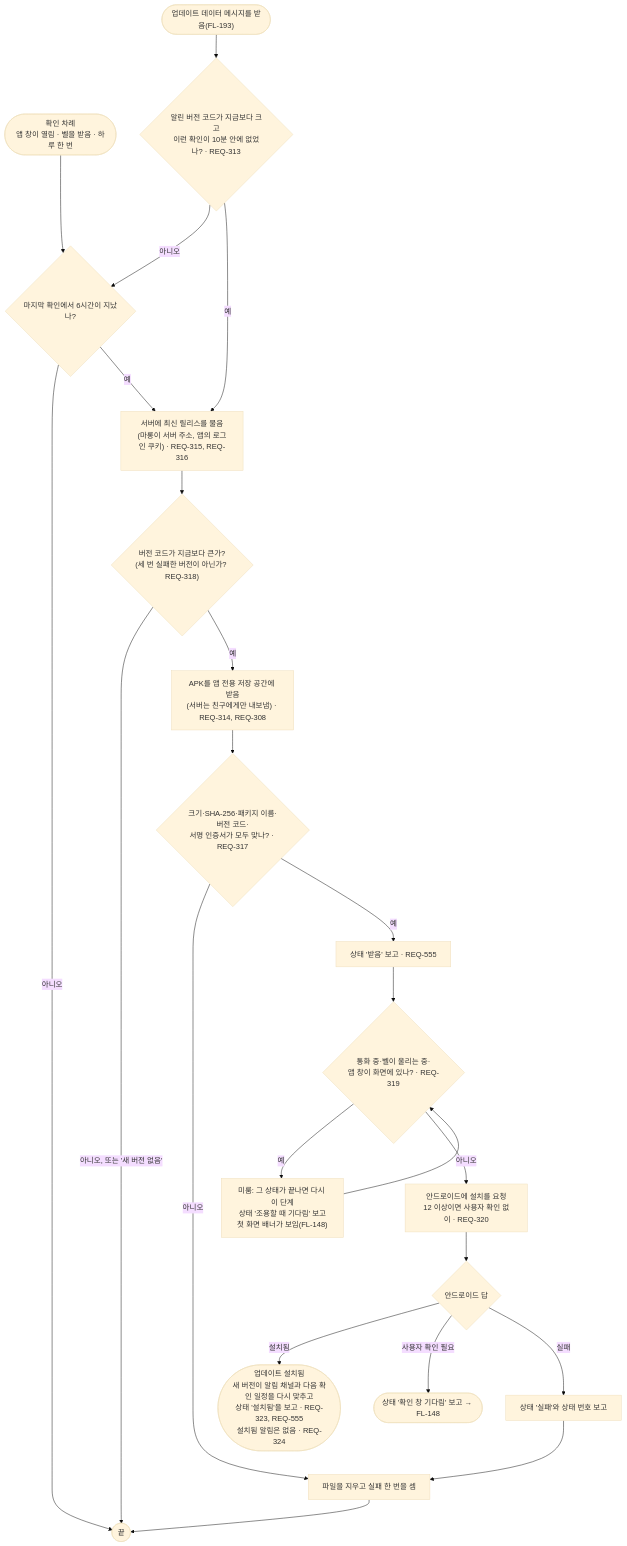
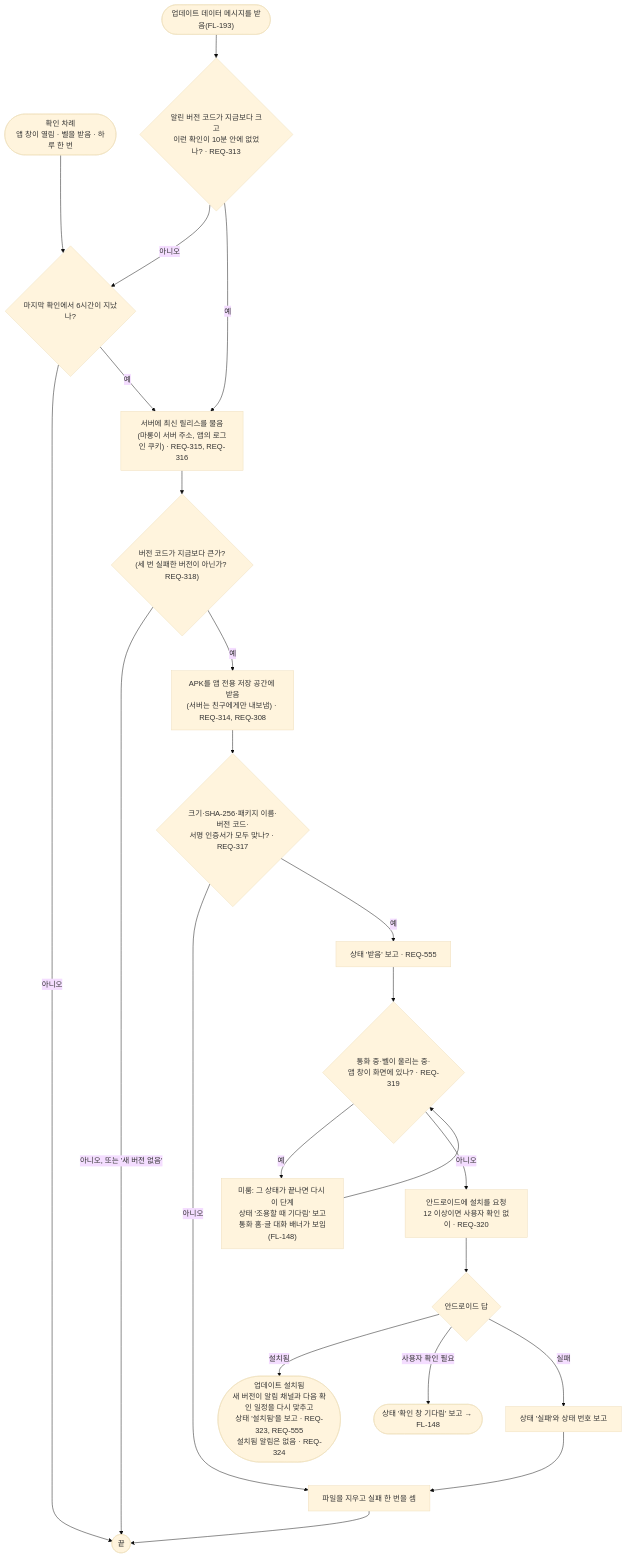
The diagram in docs/03-user-flow/FL-147-app-update.md (kodonghui/marong2), drawn with Mermaid (base theme) before and after one commit. The commit also changed other lines of this file and 11 other files, not shown here.

````diff
--- a/docs/03-user-flow/FL-147-app-update.md
+++ b/docs/03-user-flow/FL-147-app-update.md
@@ -9,25 +9,25 @@
 ```mermaid
 flowchart TD
   A(["확인 차례<br/>앱 창이 열림 · 벨을 받음 · 하루 한 번"]) --> B{"마지막 확인에서 6시간이 지났나?"}
   A2(["업데이트 데이터 메시지를 받음(FL-193)"]) --> B2{"알린 버전 코드가 지금보다 크고<br/>이런 확인이 10분 안에 없었나? · REQ-313"}
   B2 -->|아니오| B
   B2 -->|예| C
   B -->|아니오| Z(["끝"])
   B -->|예| C["서버에 최신 릴리스를 물음<br/>(마롱이 서버 주소, 앱의 로그인 쿠키) · REQ-315, REQ-316"]
   C --> D{"버전 코드가 지금보다 큰가?<br/>(세 번 실패한 버전이 아닌가? REQ-318)"}
   D -->|아니오, 또는 '새 버전 없음'| Z
   D -->|예| E["APK를 앱 전용 저장 공간에 받음<br/>(서버는 친구에게만 내보냄) · REQ-314, REQ-308"]
   E --> F{"크기·SHA-256·패키지 이름·버전 코드·<br/>서명 인증서가 모두 맞나? · REQ-317"}
   F -->|아니오| F1["파일을 지우고 실패 한 번을 셈"]
   F1 --> Z
   F -->|예| S1["상태 '받음' 보고 · REQ-555"]
   S1 --> G{"통화 중·벨이 울리는 중·<br/>앱 창이 화면에 있나? · REQ-319"}
-  G -->|예| G1["미룸: 그 상태가 끝나면 다시 이 단계<br/>상태 '조용할 때 기다림' 보고<br/>첫 화면 배너가 보임(FL-148)"]
+  G -->|예| G1["미룸: 그 상태가 끝나면 다시 이 단계<br/>상태 '조용할 때 기다림' 보고<br/>통화 홈·글 대화 배너가 보임(FL-148)"]
   G1 --> G
   G -->|아니오| H["안드로이드에 설치를 요청<br/>12 이상이면 사용자 확인 없이 · REQ-320"]
   H --> I{"안드로이드 답"}
   I -->|설치됨| J(["업데이트 설치됨<br/>새 버전이 알림 채널과 다음 확인 일정을 다시 맞추고<br/>상태 '설치됨'을 보고 · REQ-323, REQ-555<br/>설치됨 알림은 없음 · REQ-324"])
   I -->|사용자 확인 필요| K(["상태 '확인 창 기다림' 보고 → FL-148"])
   I -->|실패| F2["상태 '실패'와 상태 번호 보고"]
   F2 --> F1
 ```
````
